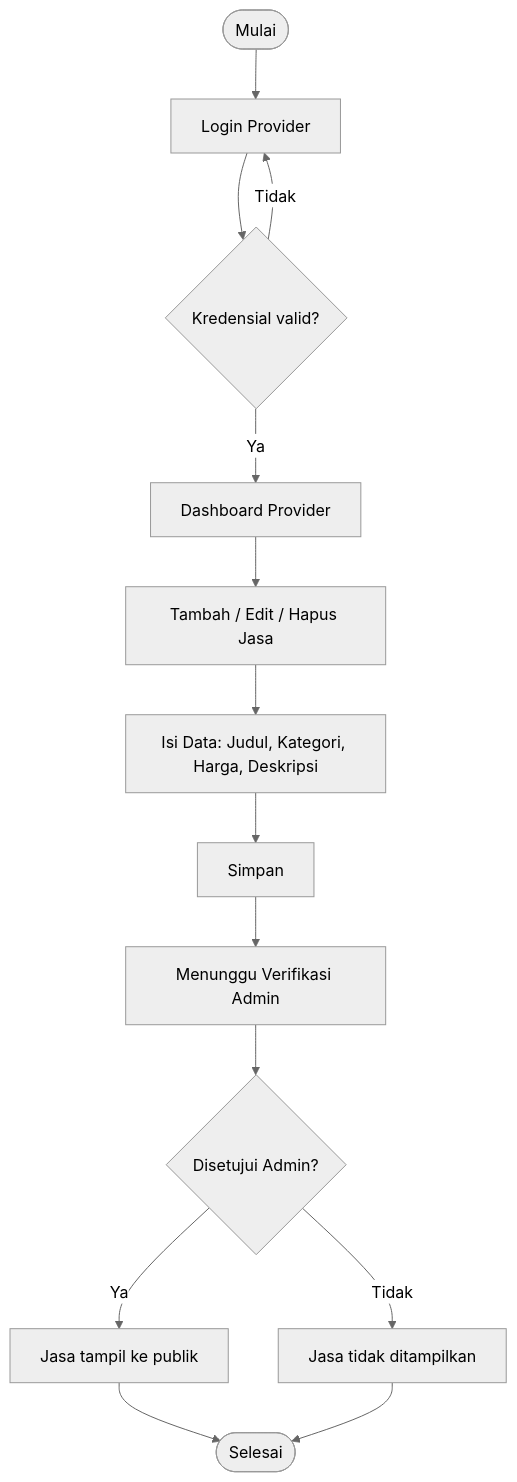
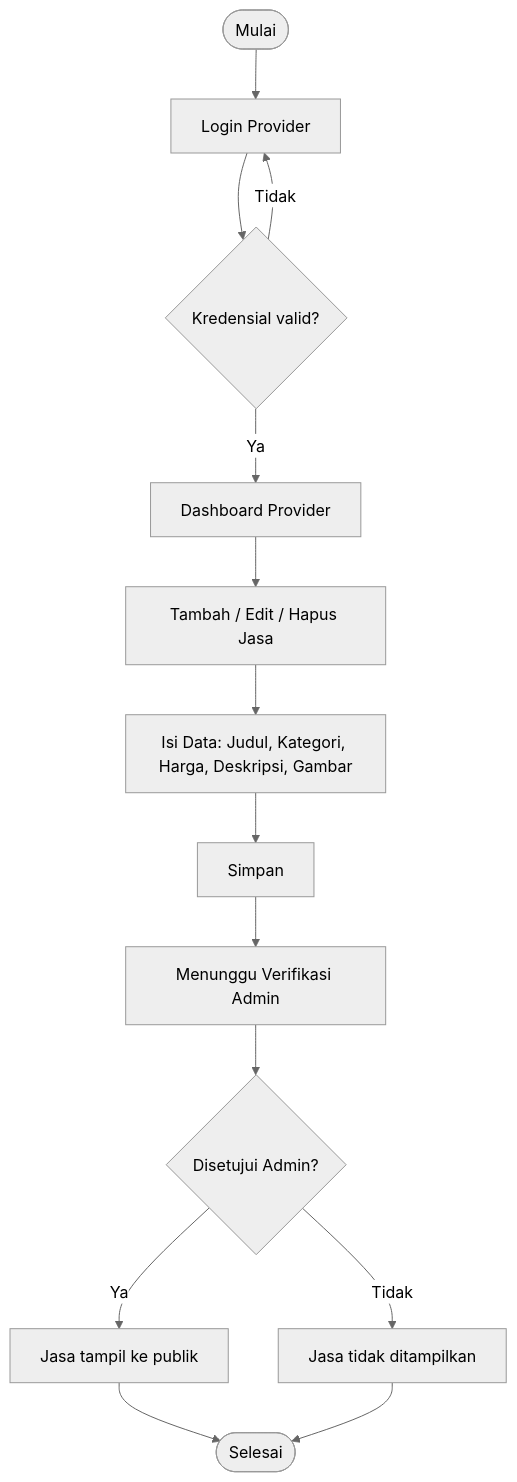
The fourth of 7 diagrams in docs/WORKFLOW.md (FikryYay4/CampusHub), drawn with Mermaid (neutral theme) before and after one commit. The commit also changed other lines of this file and 38 other files, not shown here.

````diff
--- a/docs/WORKFLOW.md
+++ b/docs/WORKFLOW.md
@@ -77,16 +77,16 @@
 ```mermaid
 flowchart TD
     A([Mulai]) --> B[Login Provider]
     B --> C{Kredensial valid?}
     C -->|Tidak| B
     C -->|Ya| D[Dashboard Provider]
     D --> E[Tambah / Edit / Hapus Jasa]
-    E --> F["Isi Data: Judul, Kategori, Harga, Deskripsi"]
+    E --> F["Isi Data: Judul, Kategori, Harga, Deskripsi, Gambar"]
     F --> G[Simpan]
     G --> H[Menunggu Verifikasi Admin]
     H --> I{Disetujui Admin?}
     I -->|Ya| J[Jasa tampil ke publik]
     I -->|Tidak| K[Jasa tidak ditampilkan]
     J --> L([Selesai])
     K --> L
 ```
````
